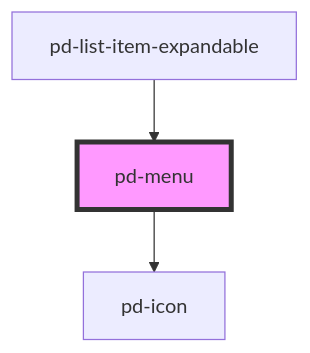
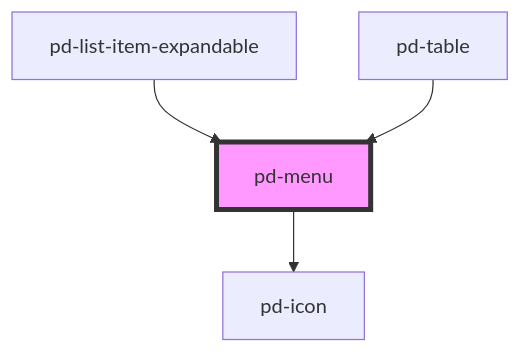
Before and after one commit to Lambda-IT/parlamentsdienste-components: the diagram in packages/core/src/components/pd-menu/readme.md, drawn with Mermaid. The commit also changed other lines of this file and 41 other files, not shown here.

````diff
--- a/packages/core/src/components/pd-menu/readme.md
+++ b/packages/core/src/components/pd-menu/readme.md
@@ -92,6 +93,7 @@
 ```mermaid
 graph TD;
   pd-menu --> pd-icon
   pd-list-item-expandable --> pd-menu
+  pd-table --> pd-menu
   style pd-menu fill:#f9f,stroke:#333,stroke-width:4px
 ```
````
